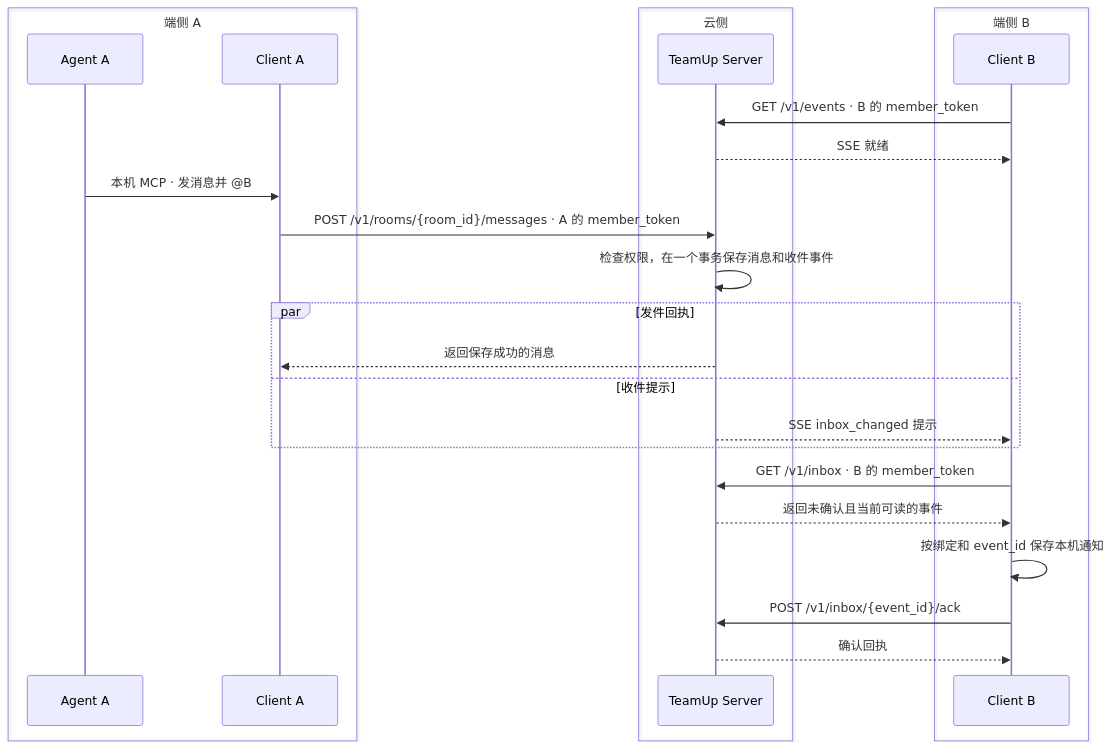
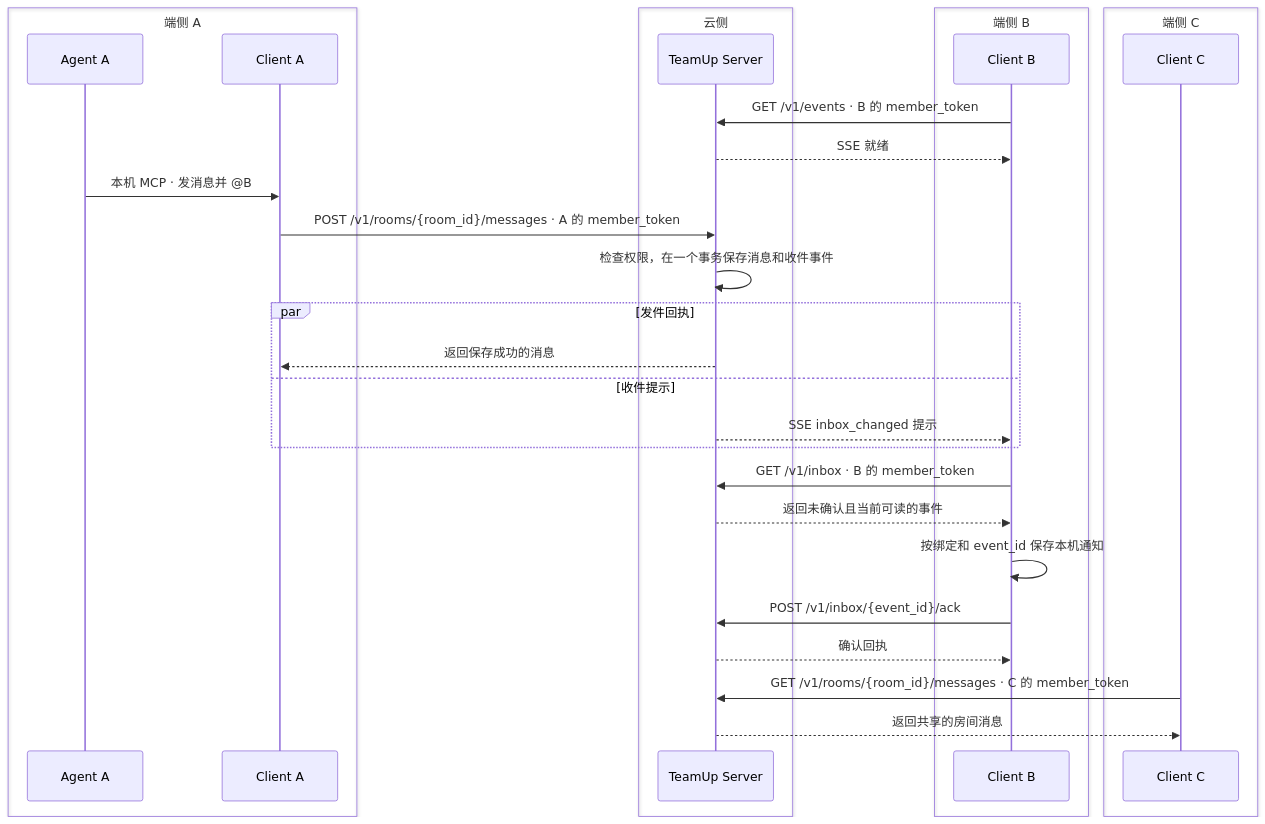
The third of 4 diagrams in docs/implementation/authentication/README.md (Jianyu010/TeamUp), drawn with Mermaid before and after one commit. The commit also changed other lines of this file and 21 other files, not shown here.

````diff
--- a/docs/implementation/authentication/README.md
+++ b/docs/implementation/authentication/README.md
@@ -97,29 +97,34 @@
 ```mermaid
 sequenceDiagram
     box transparent 端侧 A
         participant A as Agent A
         participant CA as Client A
     end
     box transparent 云侧
         participant S as TeamUp Server
     end
     box transparent 端侧 B
         participant CB as Client B
+    end
+    box transparent 端侧 C
+        participant CC as Client C
     end
 
     CB->>S: GET /v1/events · B 的 member_token
     S-->>CB: SSE 就绪
     A->>CA: 本机 MCP · 发消息并 @B
     CA->>S: POST /v1/rooms/{room_id}/messages · A 的 member_token
     S->>S: 检查权限，在一个事务保存消息和收件事件
     par 发件回执
         S-->>CA: 返回保存成功的消息
     and 收件提示
         S-->>CB: SSE inbox_changed 提示
     end
     CB->>S: GET /v1/inbox · B 的 member_token
     S-->>CB: 返回未确认且当前可读的事件
     CB->>CB: 按绑定和 event_id 保存本机通知
     CB->>S: POST /v1/inbox/{event_id}/ack
     S-->>CB: 确认回执
+    CC->>S: GET /v1/rooms/{room_id}/messages · C 的 member_token
+    S-->>CC: 返回共享的房间消息
 ```
````
